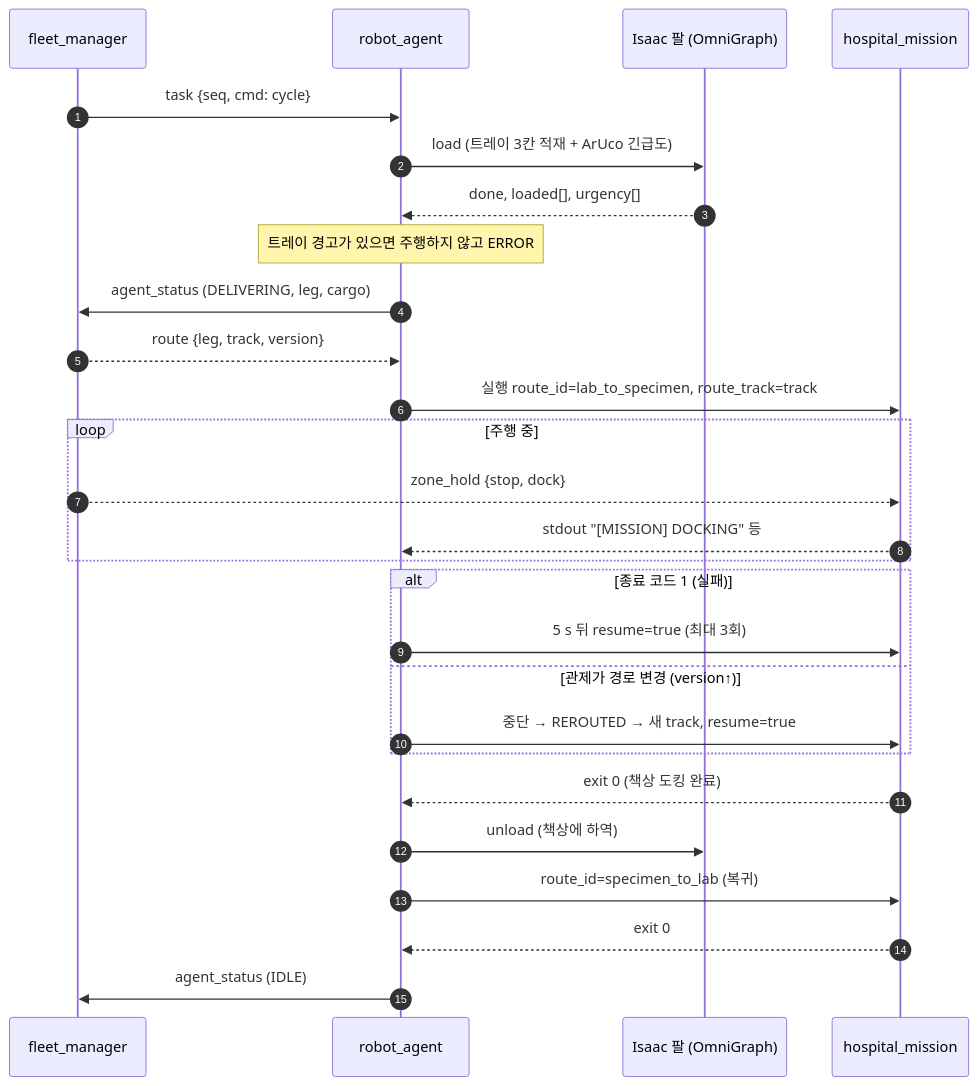
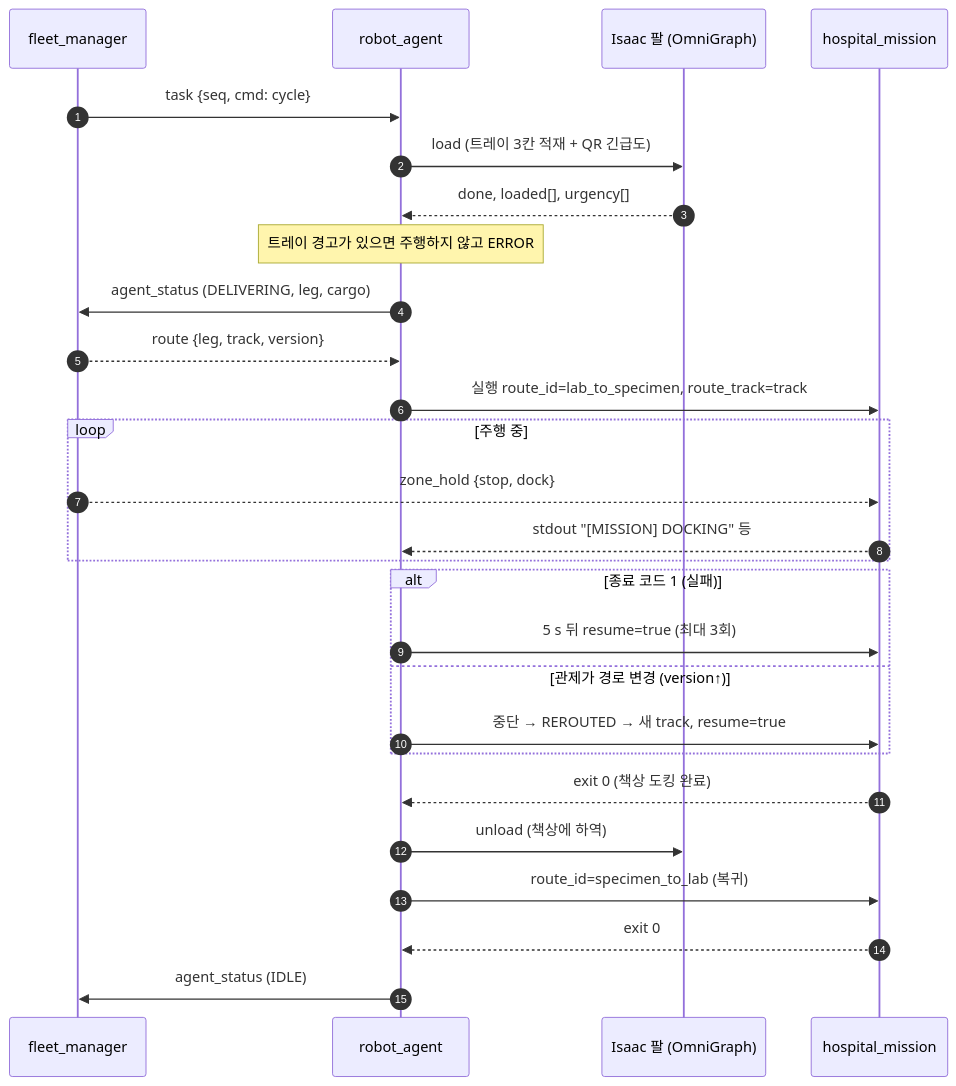
The sixth of 17 diagrams in docs/병원 AMR 주행 알고리즘.md (choicsh/cobot3_ws), drawn with Mermaid before and after one commit. The commit also changed 5 other files, not shown here.

````diff
--- a/docs/병원 AMR 주행 알고리즘.md
+++ b/docs/병원 AMR 주행 알고리즘.md
@@ -214,29 +214,29 @@
 ```mermaid
 sequenceDiagram
     autonumber
     participant FM as fleet_manager
     participant AG as robot_agent
     participant ARM as Isaac 팔 (OmniGraph)
     participant MIS as hospital_mission
     FM->>AG: task {seq, cmd: cycle}
-    AG->>ARM: load (트레이 3칸 적재 + ArUco 긴급도)
+    AG->>ARM: load (트레이 3칸 적재 + QR 긴급도)
     ARM-->>AG: done, loaded[], urgency[]
     Note over AG: 트레이 경고가 있으면 주행하지 않고 ERROR
     AG->>FM: agent_status (DELIVERING, leg, cargo)
     FM-->>AG: route {leg, track, version}
     AG->>MIS: 실행 route_id=lab_to_specimen, route_track=track
     loop 주행 중
         FM-->>MIS: zone_hold {stop, dock}
         MIS-->>AG: stdout "[MISSION] DOCKING" 등
     end
     alt 종료 코드 1 (실패)
         AG->>MIS: 5 s 뒤 resume=true (최대 3회)
     else 관제가 경로 변경 (version↑)
         AG->>MIS: 중단 → REROUTED → 새 track, resume=true
     end
     MIS-->>AG: exit 0 (책상 도킹 완료)
     AG->>ARM: unload (책상에 하역)
     AG->>MIS: route_id=specimen_to_lab (복귀)
     MIS-->>AG: exit 0
     AG->>FM: agent_status (IDLE)
 ```
````
